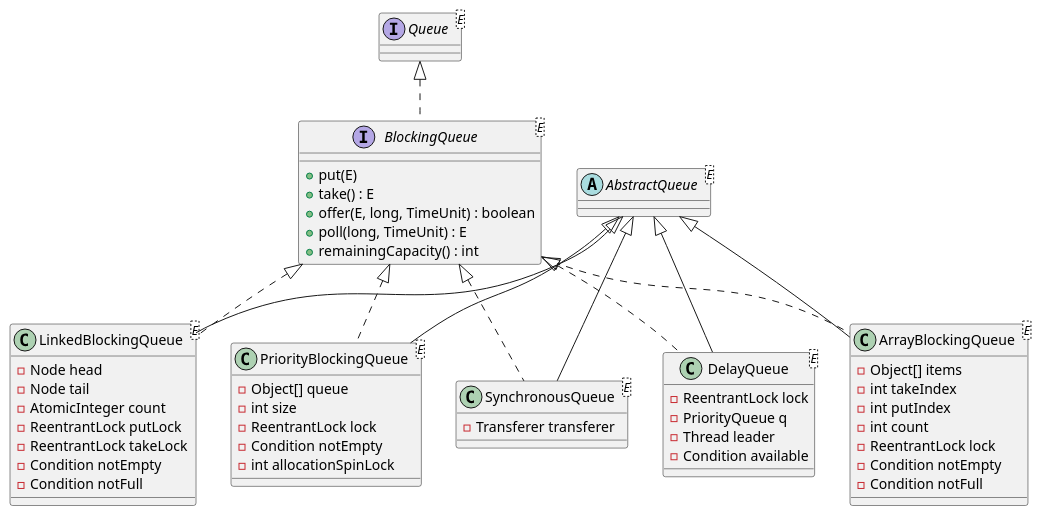
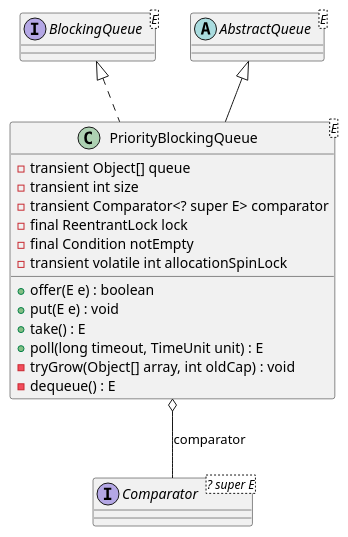
One commit to kevinwang930/kevinwang930.github.io changed the fourth of 14 diagrams in content/post/java/concurrency/thread-pool-blocking-queue/index.md. Above: the diagram before and after it, drawn with PlantUML. The commit also changed other lines of this file and 1 other file, not shown here.

````diff
--- a/content/post/java/concurrency/thread-pool-blocking-queue/index.md
+++ b/content/post/java/concurrency/thread-pool-blocking-queue/index.md
@@ -65,65 +431,24 @@
 ```plantuml
 @startuml
-interface "Queue<E>" as Queue
-interface "BlockingQueue<E>" as BlockingQueue {
-    + put(E)
+interface "BlockingQueue<E>" as BQ
+abstract class "AbstractQueue<E>" as AQ
+class "PriorityBlockingQueue<E>" as PBQ {
+    - transient Object[] queue
+    - transient int size
+    - transient Comparator<? super E> comparator
+    - final ReentrantLock lock
+    - final Condition notEmpty
+    - transient volatile int allocationSpinLock
+    + offer(E e) : boolean
+    + put(E e) : void
     + take() : E
-    + offer(E, long, TimeUnit) : boolean
-    + poll(long, TimeUnit) : E
-    + remainingCapacity() : int
+    + poll(long timeout, TimeUnit unit) : E
+    - tryGrow(Object[] array, int oldCap) : void
+    - dequeue() : E
 }
-
-abstract class "AbstractQueue<E>" as AbstractQueue
-
-class "ArrayBlockingQueue<E>" as ABQ {
-    - Object[] items
-    - int takeIndex
-    - int putIndex
-    - int count
-    - ReentrantLock lock
-    - Condition notEmpty
-    - Condition notFull
-}
-
-class "LinkedBlockingQueue<E>" as LBQ {
-    - Node head
-    - Node tail
-    - AtomicInteger count
-    - ReentrantLock putLock
-    - ReentrantLock takeLock
-    - Condition notEmpty
-    - Condition notFull
-}
-
-class "PriorityBlockingQueue<E>" as PBQ {
-    - Object[] queue
-    - int size
-    - ReentrantLock lock
-    - Condition notEmpty
-    - int allocationSpinLock
-}
-
-class "SynchronousQueue<E>" as SQ {
-    - Transferer transferer
-}
-
-class "DelayQueue<E>" as DQ {
-    - ReentrantLock lock
-    - PriorityQueue q
-    - Thread leader
-    - Condition available
-}
-
-Queue <|.. BlockingQueue
-AbstractQueue <|-- ABQ
-AbstractQueue <|-- LBQ
-AbstractQueue <|-- PBQ
-AbstractQueue <|-- SQ
-AbstractQueue <|-- DQ
-BlockingQueue <|.. ABQ
-BlockingQueue <|.. LBQ
-BlockingQueue <|.. PBQ
-BlockingQueue <|.. SQ
-BlockingQueue <|.. DQ
+interface "Comparator<? super E>" as Cmp
+AQ <|-- PBQ
+BQ <|.. PBQ
+PBQ o-- Cmp : comparator
 @enduml
 ```
````
